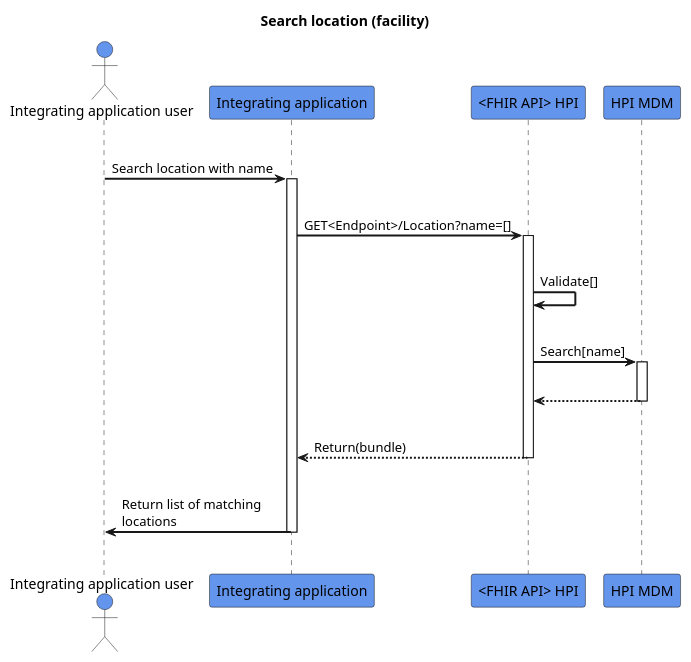
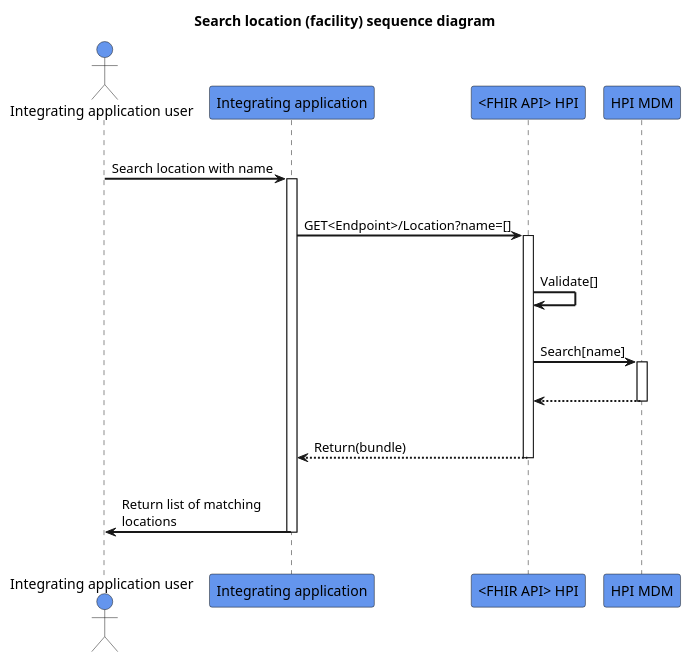
One commit to HL7NZ/hpi changed the diagram in input/images-source/search-locationwithname.plantuml. Above: the diagram before and after it, drawn with PlantUML.

```diff
--- a/input/images-source/search-locationwithname.plantuml
+++ b/input/images-source/search-locationwithname.plantuml
@@ -1,32 +1,32 @@
 @startuml
 skinparam sequenceArrowThickness 2
 skinparam roundcorner 5
 skinparam maxmessagesize 180
 skinparam sequenceParticipant bold
-title Search location (facility) 
+title Search location (facility) sequence diagram
 actor "Integrating application user" as User #CornflowerBlue
 participant "Integrating application" as A #CornflowerBlue
 participant "<FHIR API> HPI" as B #CornflowerBlue
 participant "HPI MDM" as C #CornflowerBlue
 |||
 User -> A: Search location with name
 activate A
 |||
 A -> B: GET<Endpoint>/Location?name=[]
 activate B
 |||
 B -> B: Validate[]
 |||
 B -> C: Search[name]
 activate C
 |||
 C -[dashed]-> B:  
 deactivate C
 |||
 B -[dashed]-> A:Return(bundle)
 deactivate B
 |||
 A -> User: Return list of matching locations
 deactivate A
 |||
 @enduml
```
